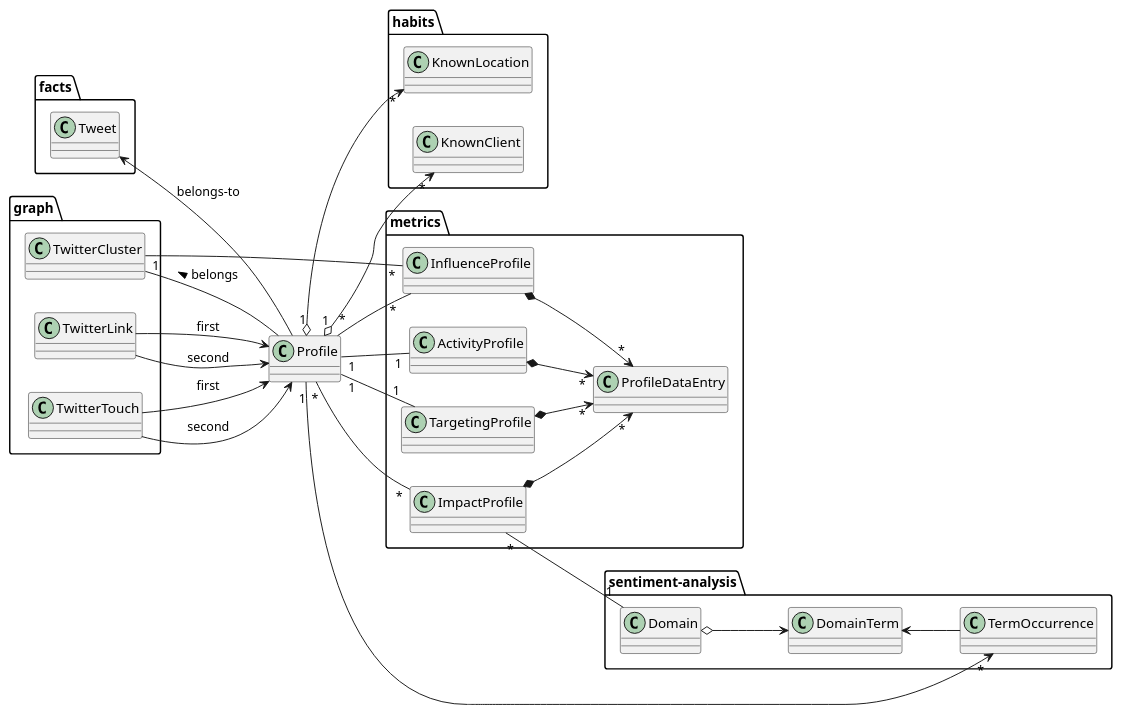
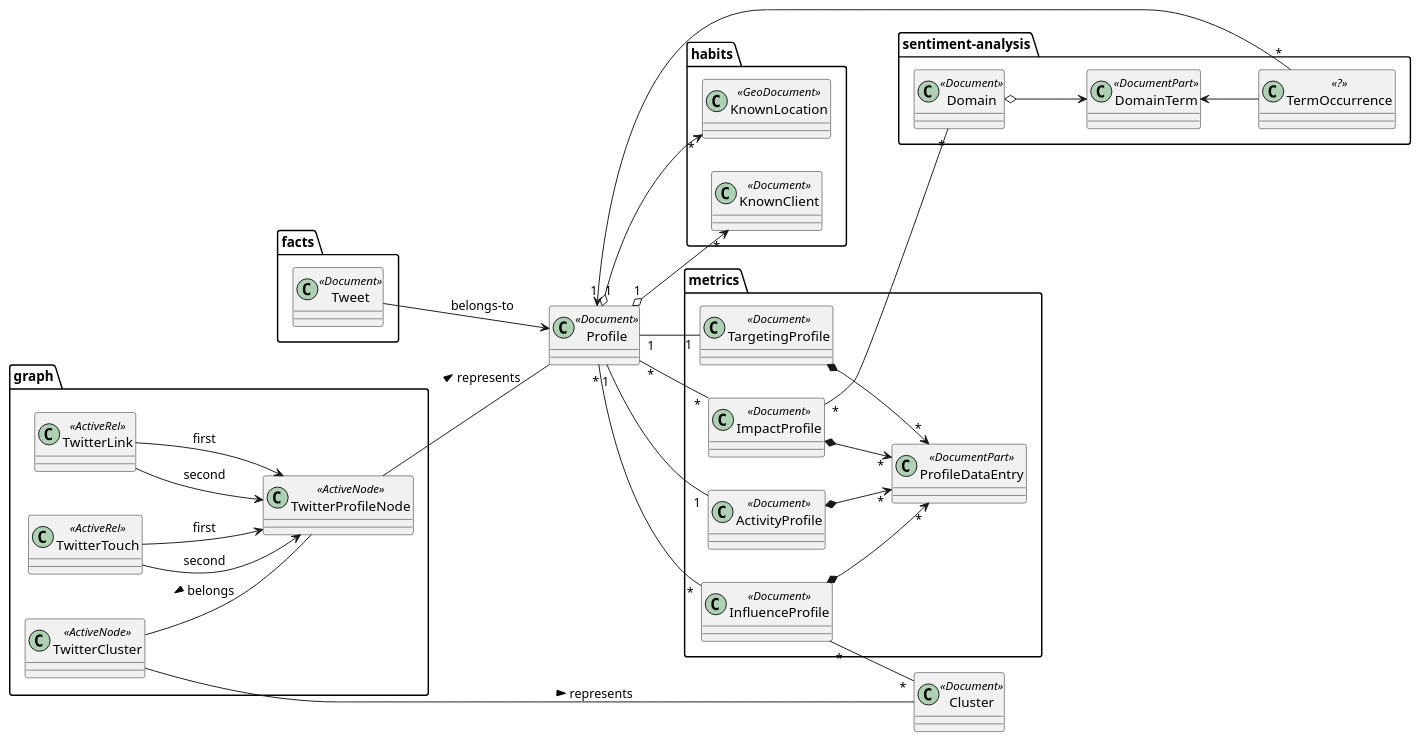
Before and after one commit to mizhal/lord-of-the-tweets: the diagram in spec/docs/overview.plantuml, drawn with PlantUML. The commit also changed 4 other files, not shown here.

```diff
--- a/spec/docs/overview.plantuml
+++ b/spec/docs/overview.plantuml
@@ -1,109 +1,120 @@
 @startuml
 left to right direction
 
-	class Profile {
+	class Profile <<Document>> {
+
+	}
+
+	class Cluster <<Document>> {
 
 	}
 
 	package facts {
 
-		class Tweet {
+		class Tweet <<Document>> {
 
 		}
 
-		Tweet <-- Profile : belongs-to
-	}
-
-	package graph {
-
-		class TwitterLink {
-
-		}
-
-		class TwitterCluster {
-
-		}
-
-		class TwitterTouch {
-
-		}
-
-
-		TwitterLink --> Profile : first
-		TwitterLink --> Profile : second
-		TwitterTouch --> Profile : first
-		TwitterTouch --> Profile : second
-		TwitterCluster -- Profile : < belongs
+		Tweet --> Profile : belongs-to
 	}
 
 	package habits {
 
-		class KnownLocation {
+		class KnownLocation <<GeoDocument>> {
 
 		}
 
-		class KnownClient {
+		class KnownClient <<Document>> {
 
 		}
 
 		Profile "1" o--> "*" KnownLocation
 		Profile "1" o--> "*" KnownClient
 	}
 
 	package sentiment-analysis {
 
-		class Domain {
+		class Domain <<Document>> {
 
 		}
 
-		class DomainTerm {
+		class DomainTerm <<DocumentPart>> {
 
 		}
 
-		class TermOccurrence {
+		class TermOccurrence <<?>> {
 
 		}
 
 		Domain o--> DomainTerm
 		DomainTerm <-- TermOccurrence
-		TermOccurrence "*" <-- "1" Profile
+		TermOccurrence "*" --> "1" Profile
 	}
 
 	package metrics {
 
-		class TargetingProfile {
+		class TargetingProfile <<Document>> {
 
 		}
 		
-		class InfluenceProfile {
+		class InfluenceProfile <<Document>> {
 
 		}
 
-		class ImpactProfile {
+		class ImpactProfile <<Document>> {
 
 		}
 
-		class ActivityProfile {
+		class ActivityProfile <<Document>> {
 
 		}
 
-		class ProfileDataEntry {
+		class ProfileDataEntry <<DocumentPart>> {
 
 		}
 
 		Profile "*" -- "*" ImpactProfile
-		ImpactProfile "*" -- "1" Domain
+		ImpactProfile "*" -- "*" Domain
 		ImpactProfile *--> "*" ProfileDataEntry
 
 		Profile "*" -- "*" InfluenceProfile
-		InfluenceProfile "*" -- "1" TwitterCluster
+		InfluenceProfile "*" -- "*" Cluster
 		InfluenceProfile *--> "*" ProfileDataEntry
 
 		Profile "1" -- "1" TargetingProfile
 		TargetingProfile *--> "*" ProfileDataEntry
 
 		Profile "1" -- "1" ActivityProfile
 		ActivityProfile *--> "*" ProfileDataEntry 
-	} 
+	}
+
+	package graph {
+
+		class TwitterLink <<ActiveRel>> {
+
+		}
+
+		class TwitterCluster <<ActiveNode>> {
+
+		}
+
+		class TwitterTouch <<ActiveRel>> {
+
+		}
+
+		class TwitterProfileNode <<ActiveNode>> {
+
+		}
+
+
+		TwitterLink --> TwitterProfileNode : first
+		TwitterLink --> TwitterProfileNode : second
+		TwitterTouch --> TwitterProfileNode : first
+		TwitterTouch --> TwitterProfileNode : second
+		TwitterCluster -- TwitterProfileNode : < belongs
+
+		TwitterProfileNode -- Profile : represents >
+		TwitterCluster -- Cluster: represents >
+	}
 
 @enduml
```
